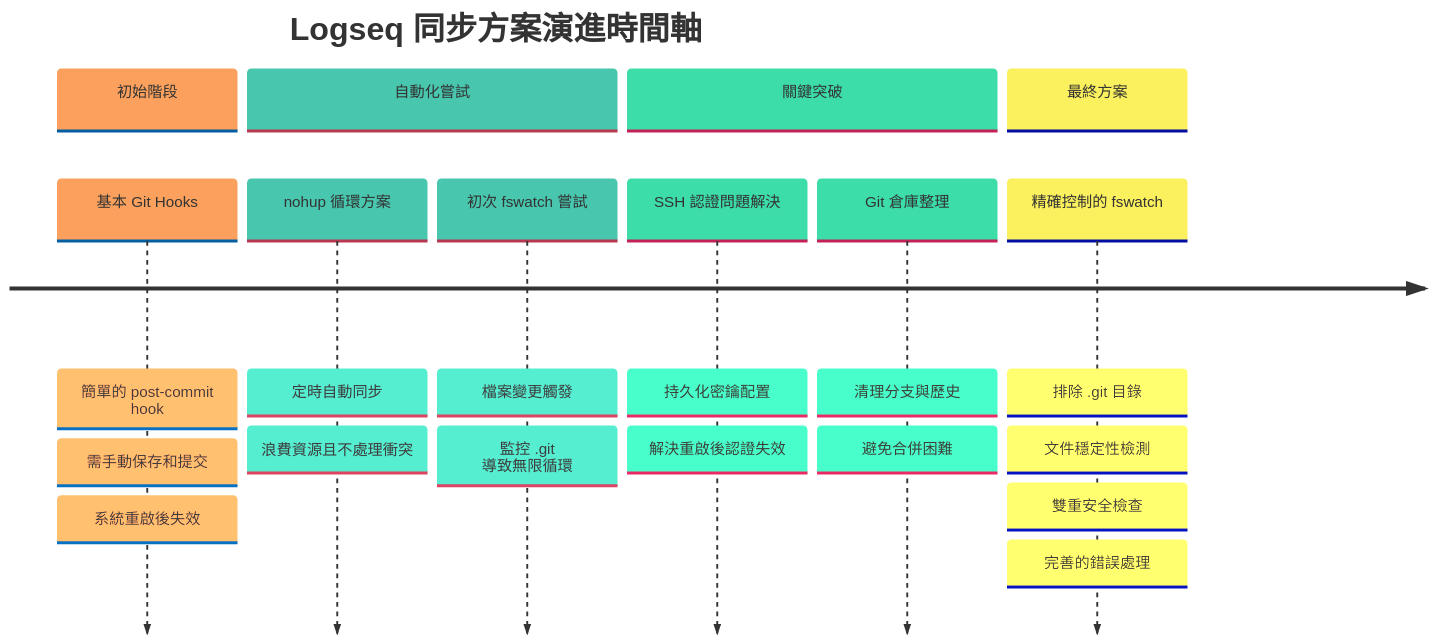
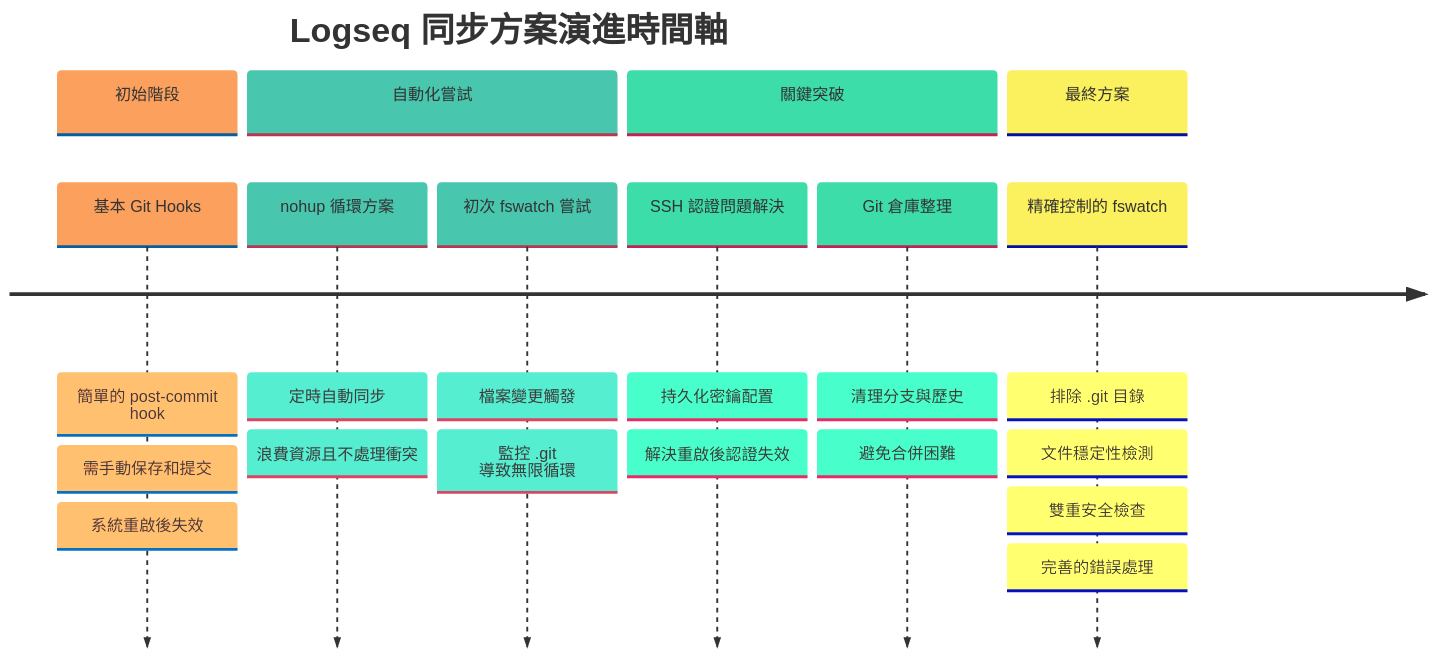
Before and after one commit to GengGeng026/Sync-Logseq: the first of 2 diagrams in Logseq同步方案演進記錄.md, drawn with Mermaid.

Commit message:
Auto saved by Logseq

````diff
--- a/Logseq同步方案演進記錄.md
+++ b/Logseq同步方案演進記錄.md
@@ -24,38 +24,38 @@
 ```mermaid
 %%{init: {
   'theme': 'base', 
   'themeVariables': {
     'primaryColor': '#FEE9D9',
     'secondaryColor': '#A9E4D9',
     'tertiaryColor': '#A9F0D9',
     'lineColor': '#A9D9D9',
     'primaryBorderColor': '#A9D9D9',
     'background': 'transparent',
     'clusterBkg': 'transparent',
     'titleColor': '#FEE9D9',
     'fontFamily': 'default',
-    'fontSize': '16px'
+    'fontSize': '17px'
   }
 }}%%
 timeline
     title Logseq 同步方案演進時間軸
     section 初始階段
         基本 Git Hooks : 簡單的 post-commit hook
         : 需手動保存和提交
         : 系統重啟後失效
     section 自動化嘗試
         nohup 循環方案 : 定時自動同步
         : 浪費資源且不處理衝突
         初次 fswatch 嘗試 : 檔案變更觸發
         : 監控 .git 導致無限循環
     section 關鍵突破
         SSH 認證問題解決 : 持久化密鑰配置
         : 解決重啟後認證失效
         Git 倉庫整理 : 清理分支與歷史
         : 避免合併困難
     section 最終方案
         精確控制的 fswatch : 排除 .git 目錄
         : 文件穩定性檢測
         : 雙重安全檢查
         : 完善的錯誤處理
 ```
````
